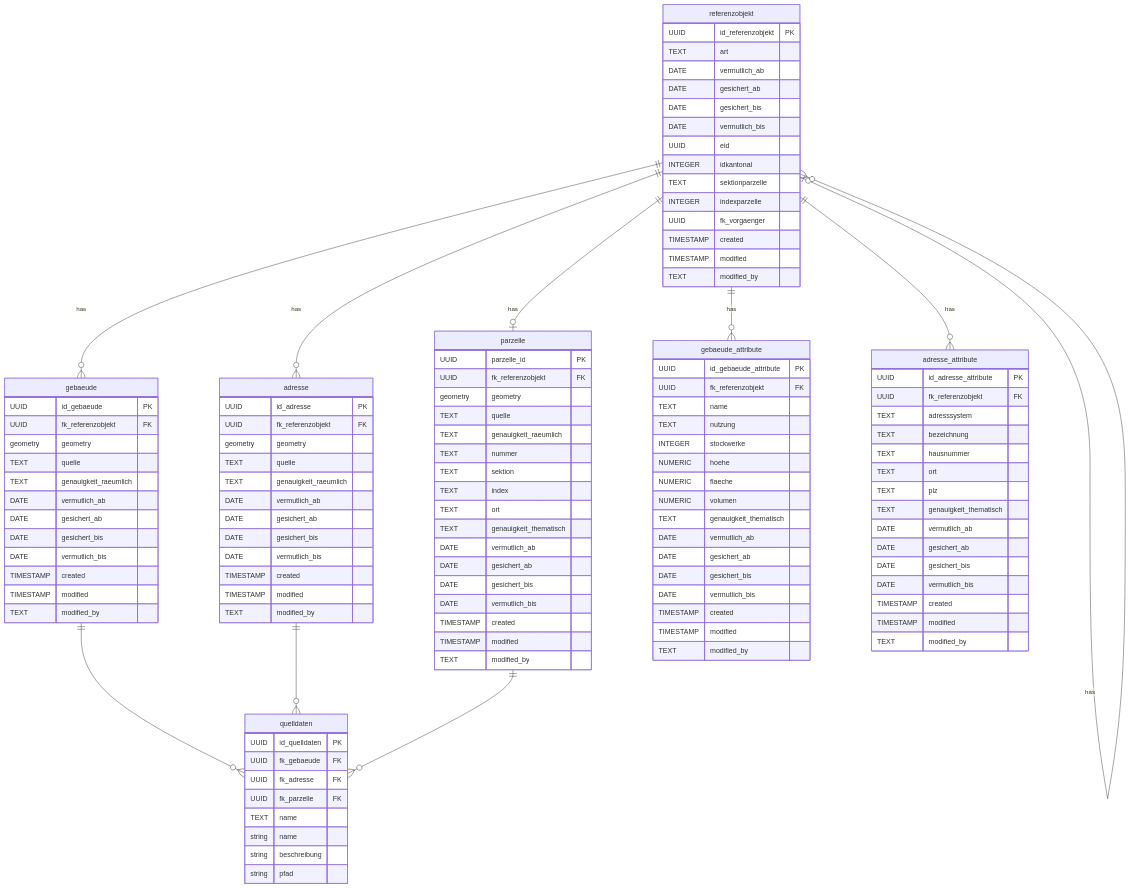
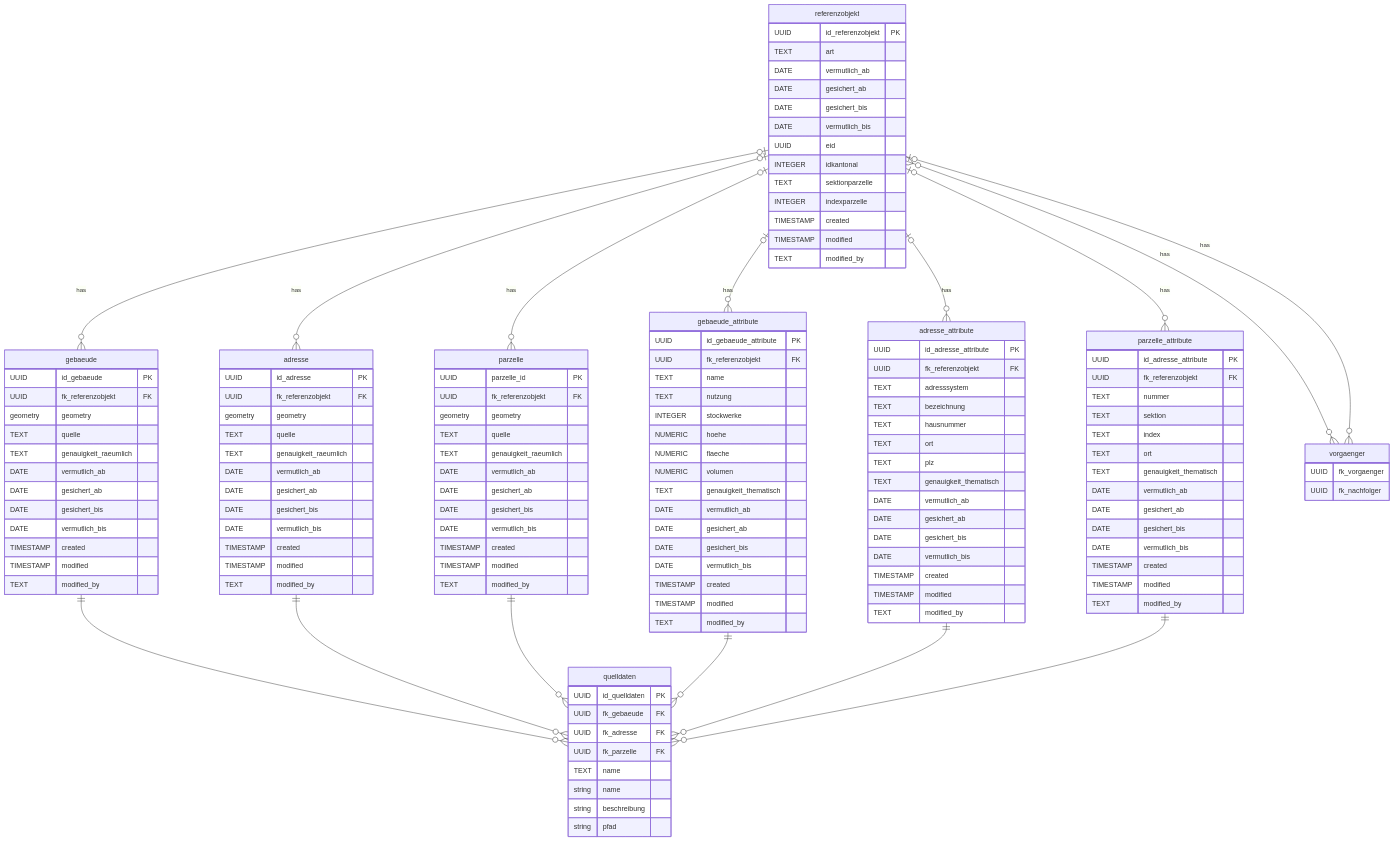
Before and after one commit to opengisch/ch.bs.urkataster: the first of 7 diagrams in README.md, drawn with Mermaid. The commit also changed other lines of this file and 1 other file, not shown here.

````diff
--- a/README.md
+++ b/README.md
@@ -11,5 +11,5 @@
 ```mermaid
-erDiagram
+erDiagram 
     %% --- HAUPTTABELLEN ---
 
     referenzobjekt {
@@ -23,7 +23,6 @@
         INTEGER idkantonal
         TEXT sektionparzelle
         INTEGER indexparzelle
-        UUID fk_vorgaenger
         TIMESTAMP created
         TIMESTAMP modified
         TEXT modified_by
@@ -44,14 +43,18 @@
         TIMESTAMP created
         TIMESTAMP modified
         TEXT modified_by
-    }
-
-    adresse {
-        UUID id_adresse PK
+    }    
+    
+    gebaeude_attribute {
+        UUID id_gebaeude_attribute PK
         UUID fk_referenzobjekt FK
-        geometry geometry
-        TEXT quelle
-        TEXT genauigkeit_raeumlich
+        TEXT name
+        TEXT nutzung
+        INTEGER stockwerke
+        NUMERIC hoehe
+        NUMERIC flaeche
+        NUMERIC volumen
+        TEXT genauigkeit_thematisch
         DATE vermutlich_ab
         DATE gesichert_ab
         DATE gesichert_bis
@@ -67,6 +70,18 @@
         geometry geometry
         TEXT quelle
         TEXT genauigkeit_raeumlich
+        DATE vermutlich_ab
+        DATE gesichert_ab
+        DATE gesichert_bis
+        DATE vermutlich_bis
+        TIMESTAMP created
+        TIMESTAMP modified
+        TEXT modified_by
+    }
+
+    parzelle_attribute {
+        UUID id_adresse_attribute PK
+        UUID fk_referenzobjekt FK
         TEXT nummer
         TEXT sektion
         TEXT index
@@ -81,18 +96,12 @@
         TEXT modified_by
     }
 
-    %% --- ATTRIBUT-TABELLEN ---
-
-    gebaeude_attribute {
-        UUID id_gebaeude_attribute PK
+    adresse {
+        UUID id_adresse PK
         UUID fk_referenzobjekt FK
-        TEXT name
-        TEXT nutzung
-        INTEGER stockwerke
-        NUMERIC hoehe
-        NUMERIC flaeche
-        NUMERIC volumen
-        TEXT genauigkeit_thematisch
+        geometry geometry
+        TEXT quelle
+        TEXT genauigkeit_raeumlich
         DATE vermutlich_ab
         DATE gesichert_ab
         DATE gesichert_bis
@@ -130,19 +139,30 @@
         string beschreibung
         string pfad
     }
+
+    vorgaenger {
+        UUID fk_vorgaenger
+        UUID fk_nachfolger
+    }
+
     %% --- BEZIEHUNGEN ---
     
     %% Referenzobjekt besitzt Geometrien und Attribute
-    referenzobjekt ||--o{ gebaeude : "has"
-    referenzobjekt ||--o{ adresse : "has"
-    referenzobjekt ||--|o parzelle : "has"
-    referenzobjekt ||--o{ gebaeude_attribute : "has"
-    referenzobjekt ||--o{ adresse_attribute : "has"
+    referenzobjekt |o--o{ gebaeude : "has"
+    referenzobjekt |o--o{ adresse : "has"
+    referenzobjekt |o--o{ parzelle : "has"
+    referenzobjekt |o--o{ gebaeude_attribute : "has"
+    referenzobjekt |o--o{ adresse_attribute : "has"
+    referenzobjekt |o--o{ parzelle_attribute : "has"
 
-    referenzobjekt o|--o{ referenzobjekt : "has"
+    referenzobjekt }o--o{ vorgaenger : "has"
+    referenzobjekt o|--o{ vorgaenger : "has"
 
     %% Quelldaten für Geometrien
     gebaeude ||--o{ quelldaten : ""
     adresse ||--o{ quelldaten : ""
     parzelle ||--o{ quelldaten : ""
+    gebaeude_attribute ||--o{ quelldaten : ""
+    adresse_attribute ||--o{ quelldaten : ""
+    parzelle_attribute ||--o{ quelldaten : ""
 ```
````
